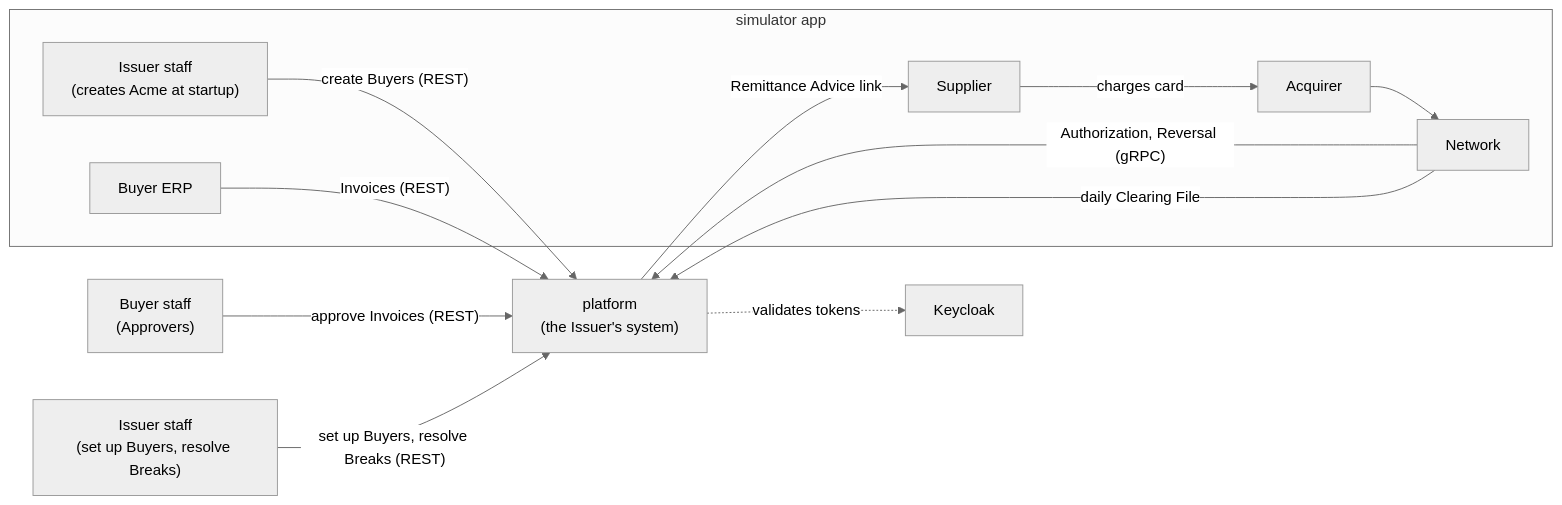
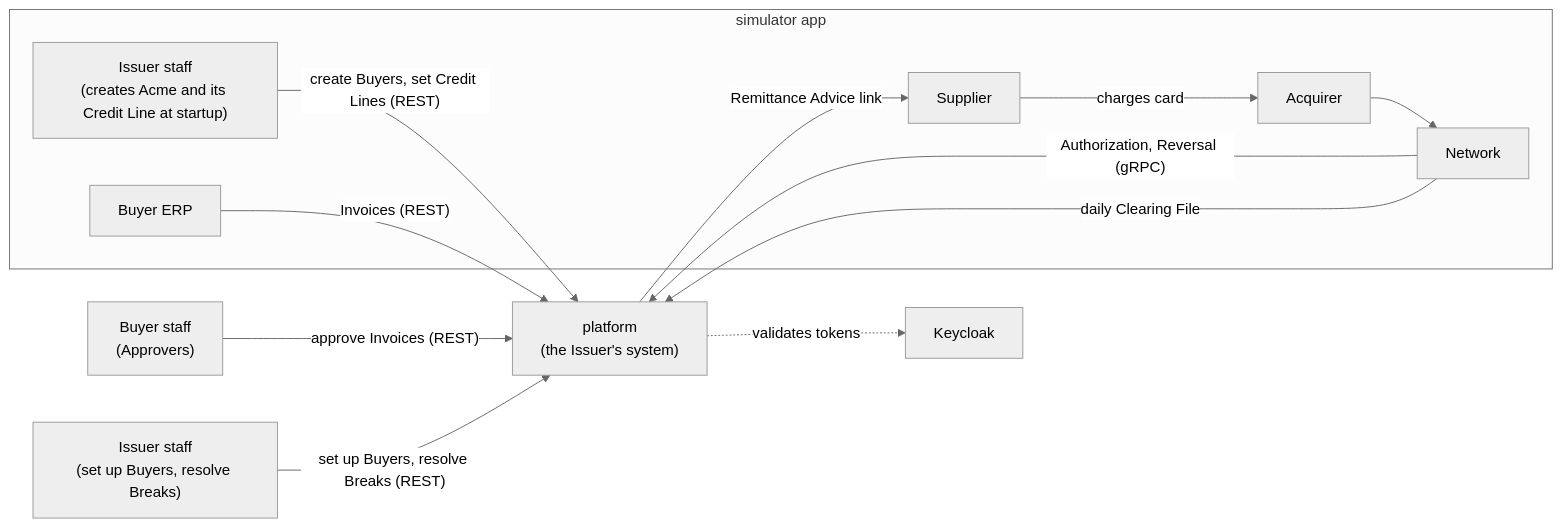
Before and after one commit to rgonzal92/b2b-payments-platform: the first of 2 diagrams in docs/architecture.md, drawn with Mermaid (neutral theme). The commit also changed other lines of this file and 17 other files, not shown here.

First line of the commit message:
feat: issuer staff set a Buyer's Credit Line

````diff
--- a/docs/architecture.md
+++ b/docs/architecture.md
@@ -9,25 +9,25 @@
 ```mermaid
 flowchart LR
   buyerStaff["Buyer staff<br/>(Approvers)"]
   issuerStaff["Issuer staff<br/>(set up Buyers, resolve Breaks)"]
   subgraph sim["simulator app"]
-    simIssuer["Issuer staff<br/>(creates Acme at startup)"]
+    simIssuer["Issuer staff<br/>(creates Acme and its Credit Line at startup)"]
     erp["Buyer ERP"]
     supplier["Supplier"]
     acquirer["Acquirer"]
     network["Network"]
   end
   platform["platform<br/>(the Issuer's system)"]
   keycloak["Keycloak"]
 
-  simIssuer -- "create Buyers (REST)" --> platform
+  simIssuer -- "create Buyers, set Credit Lines (REST)" --> platform
   erp -- "Invoices (REST)" --> platform
   buyerStaff -- "approve Invoices (REST)" --> platform
   issuerStaff -- "set up Buyers, resolve Breaks (REST)" --> platform
   platform -- "Remittance Advice link" --> supplier
   supplier -- "charges card" --> acquirer
   acquirer --> network
   network -- "Authorization, Reversal (gRPC)" --> platform
   network -- "daily Clearing File" --> platform
   platform -. "validates tokens" .-> keycloak
 ```
````
